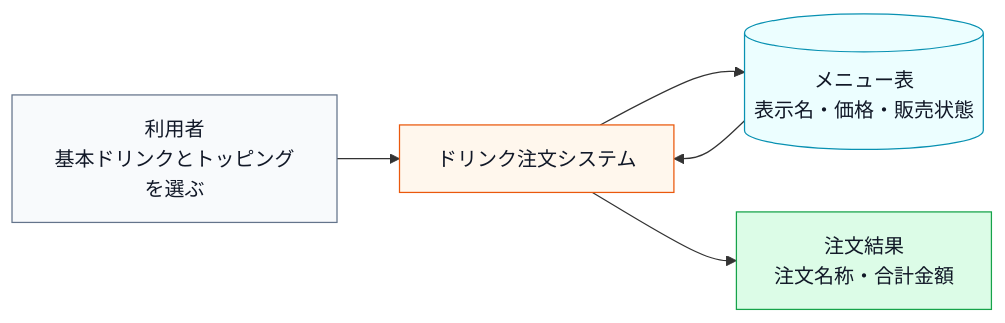
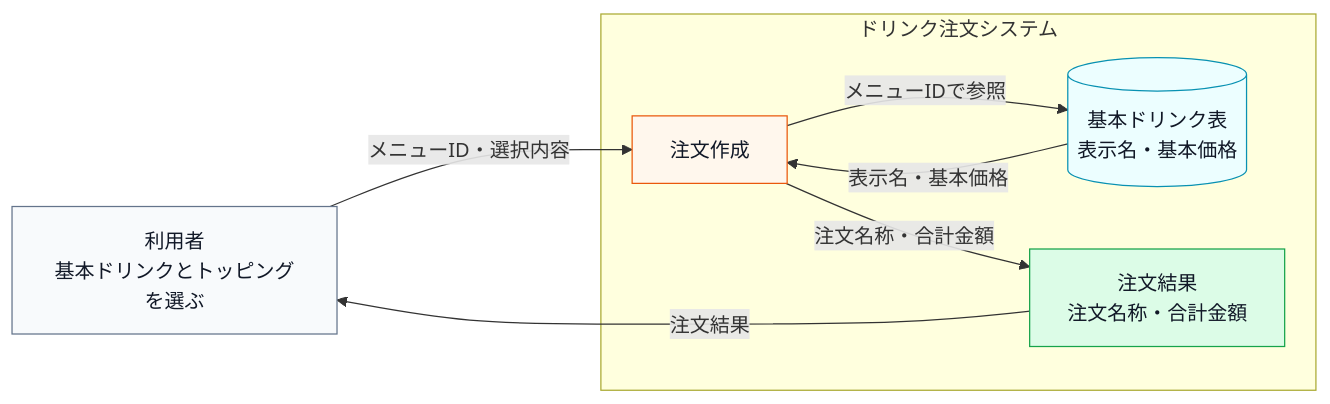
One commit to kumachan1101-pixel/DesignPattern changed the first of 12 diagrams in kindle/design-patterns/output/chapter06.md. Above: the diagram before and after it, drawn with Mermaid. The commit also changed other lines of this file and 13 other files, not shown here.

````diff
--- a/kindle/design-patterns/output/chapter06.md
+++ b/kindle/design-patterns/output/chapter06.md
@@ -47,16 +49,24 @@
 ```mermaid
 flowchart LR
-    U["利用者<br>基本ドリンクとトッピングを選ぶ"] --> O["ドリンク注文システム"]
-    O --> M[("メニュー表<br>表示名・価格・販売状態")]
-    M --> O
-    O --> R["注文結果<br>注文名称・合計金額"]
+    U["利用者<br>基本ドリンクとトッピングを選ぶ"] -->|"メニューID・選択内容"| O
+
+    subgraph ORDER["ドリンク注文システム"]
+        O["注文作成"]
+        M[("基本ドリンク表<br>表示名・基本価格")]
+        R["注文結果<br>注文名称・合計金額"]
+        O -->|"メニューIDで参照"| M
+        M -->|"表示名・基本価格"| O
+        O -->|"注文名称・合計金額"| R
+    end
+
+    R -->|"注文結果"| U
 
     classDef actor fill:#f8fafc,stroke:#64748b,color:#111827;
     classDef data fill:#ecfeff,stroke:#0891b2,color:#111827;
     classDef process fill:#fff7ed,stroke:#ea580c,color:#111827;
     classDef result fill:#dcfce7,stroke:#16a34a,color:#111827;
     class U actor;
     class M data;
     class O process;
     class R result;
 ```
````
